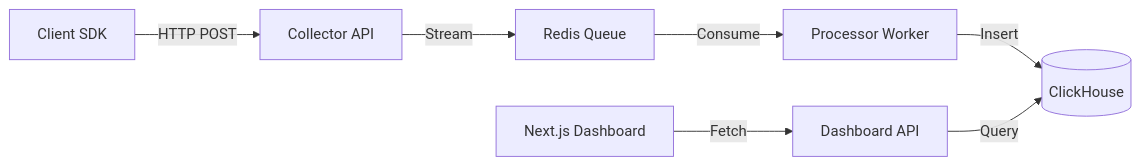
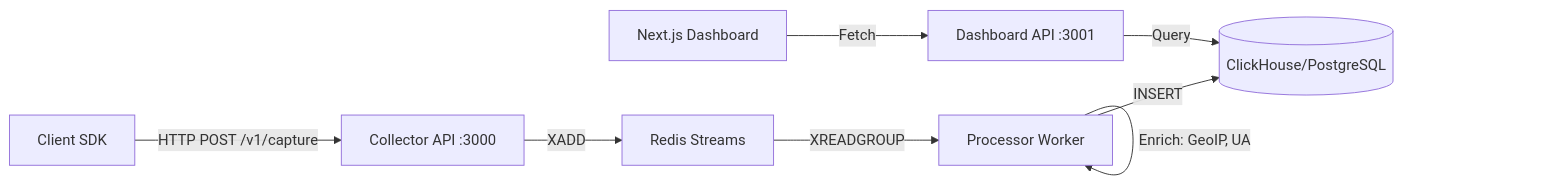
One commit to chatnationwork/analytics changed the diagram in docs/SYSTEM_CONTEXT.md. Above: the diagram before and after it, drawn with Mermaid. The commit also changed other lines of this file and 108 other files, not shown here.

Commit message:
feat: Implement dashboard UI and API with authentication, multi-tenancy, CRM integrations, and WhatsApp analytics.

````diff
--- a/docs/SYSTEM_CONTEXT.md
+++ b/docs/SYSTEM_CONTEXT.md
@@ -19,9 +24,10 @@
 ```mermaid
 graph LR
-    Client[Client SDK] -->|HTTP POST| Collector[Collector API]
-    Collector -->|Stream| Redis[Redis Queue]
-    Redis -->|Consume| Processor[Processor Worker]
-    Processor -->|Insert| DB[(ClickHouse)]
-    DashboardAPI[Dashboard API] -->|Query| DB
-    Frontend[Next.js Dashboard] -->|Fetch| DashboardAPI
+    SDK[Client SDK] -->|HTTP POST /v1/capture| Collector[Collector API :3000]
+    Collector -->|XADD| Redis[Redis Streams]
+    Redis -->|XREADGROUP| Processor[Processor Worker]
+    Processor -->|Enrich: GeoIP, UA| Processor
+    Processor -->|INSERT| DB[(ClickHouse/PostgreSQL)]
+    DashAPI[Dashboard API :3001] -->|Query| DB
+    UI[Next.js Dashboard] -->|Fetch| DashAPI
 ```
````
